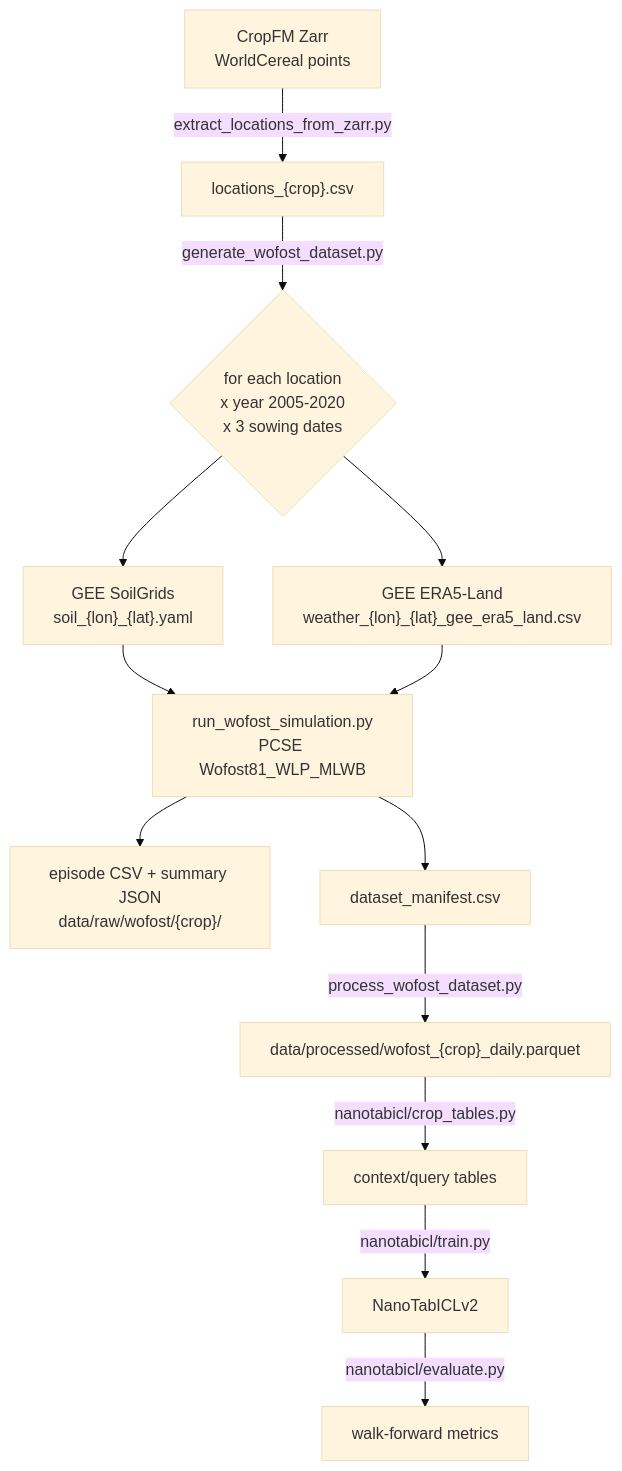
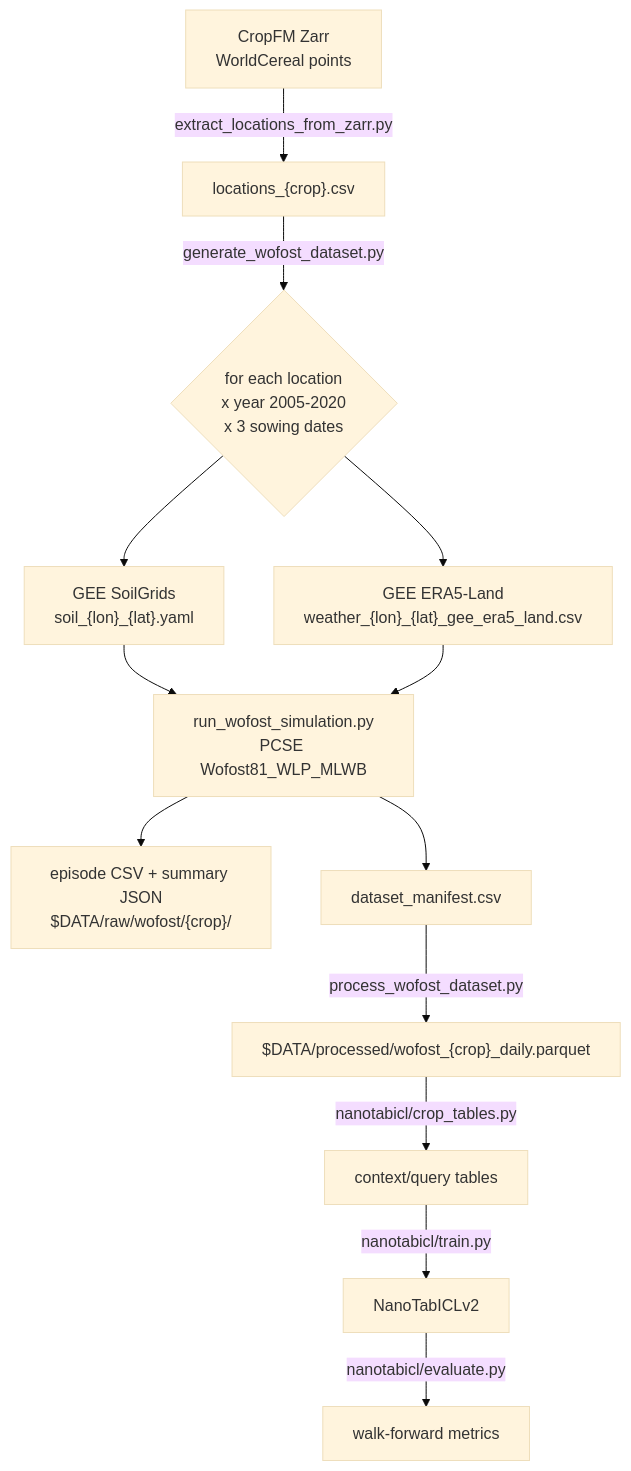
Before and after one commit to vishalned/tnp-crop: the diagram in docs/manual.md, drawn with Mermaid (base theme). The commit also changed other lines of this file and 32 other files, not shown here.

````diff
--- a/docs/manual.md
+++ b/docs/manual.md
@@ -32,15 +32,15 @@
 ```mermaid
 flowchart TD
     Z["CropFM Zarr<br/>WorldCereal points"] -->|"extract_locations_from_zarr.py"| L["locations_{crop}.csv"]
     L -->|"generate_wofost_dataset.py"| B{"for each location<br/>x year 2005-2020<br/>x 3 sowing dates"}
     B --> S["GEE SoilGrids<br/>soil_{lon}_{lat}.yaml"]
     B --> W["GEE ERA5-Land<br/>weather_{lon}_{lat}_gee_era5_land.csv"]
     S --> R["run_wofost_simulation.py<br/>PCSE Wofost81_WLP_MLWB"]
     W --> R
-    R --> E["episode CSV + summary JSON<br/>data/raw/wofost/{crop}/"]
+    R --> E["episode CSV + summary JSON<br/>$DATA/raw/wofost/{crop}/"]
     R --> M["dataset_manifest.csv"]
-    M -->|"process_wofost_dataset.py"| P["data/processed/wofost_{crop}_daily.parquet"]
+    M -->|"process_wofost_dataset.py"| P["$DATA/processed/wofost_{crop}_daily.parquet"]
     P -->|"nanotabicl/crop_tables.py"| T["context/query tables"]
     T -->|"nanotabicl/train.py"| N["NanoTabICLv2"]
     N -->|"nanotabicl/evaluate.py"| V["walk-forward metrics"]
 ```
````
